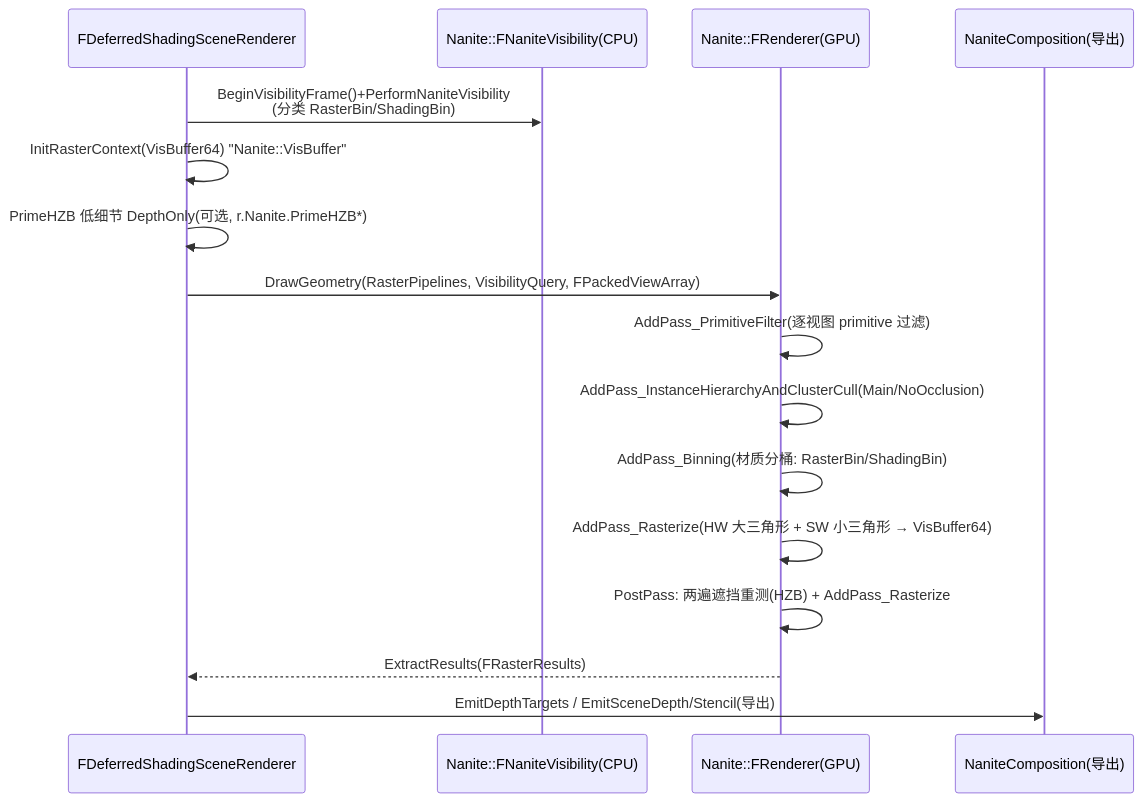
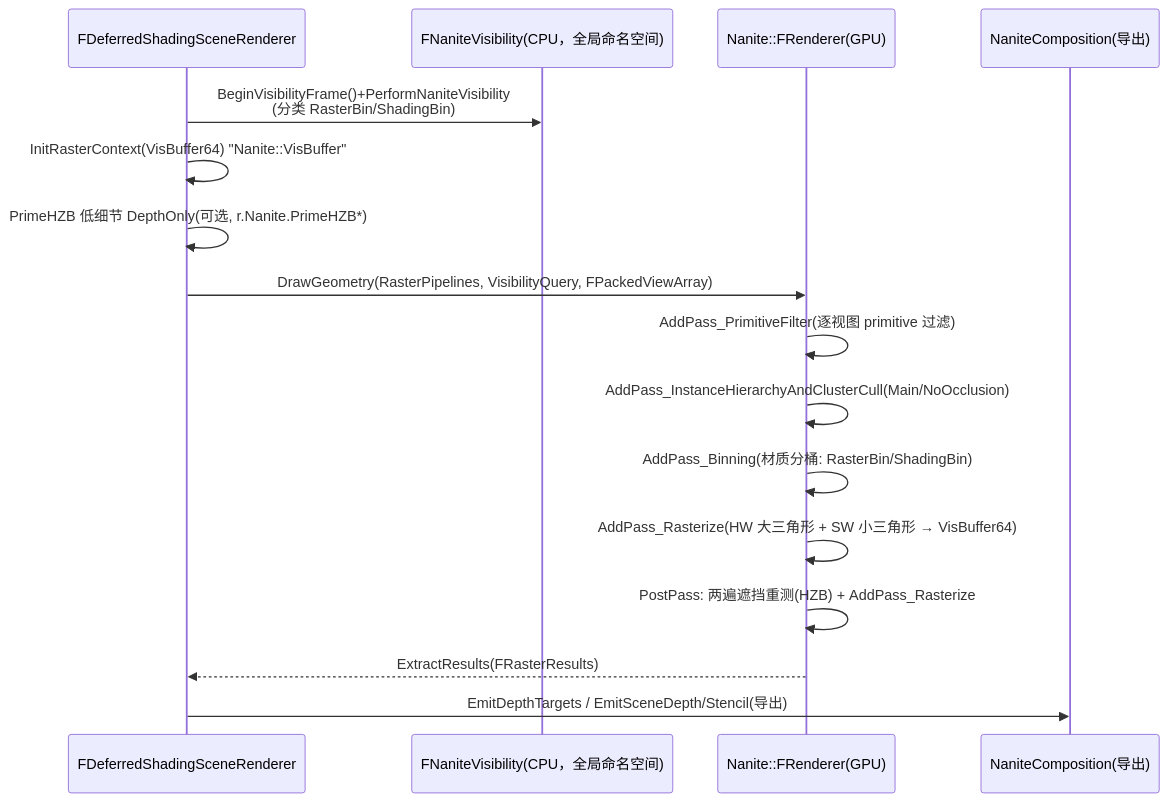
The second of 4 diagrams in 游戏知识/12-引擎源码分析/35-Nanite源码.md (fantuan812/learning), drawn with Mermaid before and after one commit. The commit also changed other lines of this file and 264 other files, not shown here.

````diff
--- a/游戏知识/12-引擎源码分析/35-Nanite源码.md
+++ b/游戏知识/12-引擎源码分析/35-Nanite源码.md
@@ -178,18 +178,18 @@
 ```mermaid
 sequenceDiagram
     participant R as FDeferredShadingSceneRenderer
-    participant V as Nanite::FNaniteVisibility(CPU)
+    participant V as FNaniteVisibility(CPU，全局命名空间)
     participant C as Nanite::FRenderer(GPU)
     participant E as NaniteComposition(导出)
     R->>V: BeginVisibilityFrame()+PerformNaniteVisibility<br/>(分类 RasterBin/ShadingBin)
     R->>R: InitRasterContext(VisBuffer64) "Nanite::VisBuffer"
     R->>R: PrimeHZB 低细节 DepthOnly(可选, r.Nanite.PrimeHZB*)
     R->>C: DrawGeometry(RasterPipelines, VisibilityQuery, FPackedViewArray)
     C->>C: AddPass_PrimitiveFilter(逐视图 primitive 过滤)
     C->>C: AddPass_InstanceHierarchyAndClusterCull(Main/NoOcclusion)
     C->>C: AddPass_Binning(材质分桶: RasterBin/ShadingBin)
     C->>C: AddPass_Rasterize(HW 大三角形 + SW 小三角形 → VisBuffer64)
     C->>C: PostPass: 两遍遮挡重测(HZB) + AddPass_Rasterize
     C-->>R: ExtractResults(FRasterResults)
     R->>E: EmitDepthTargets / EmitSceneDepth/Stencil(导出)
 ```
````
